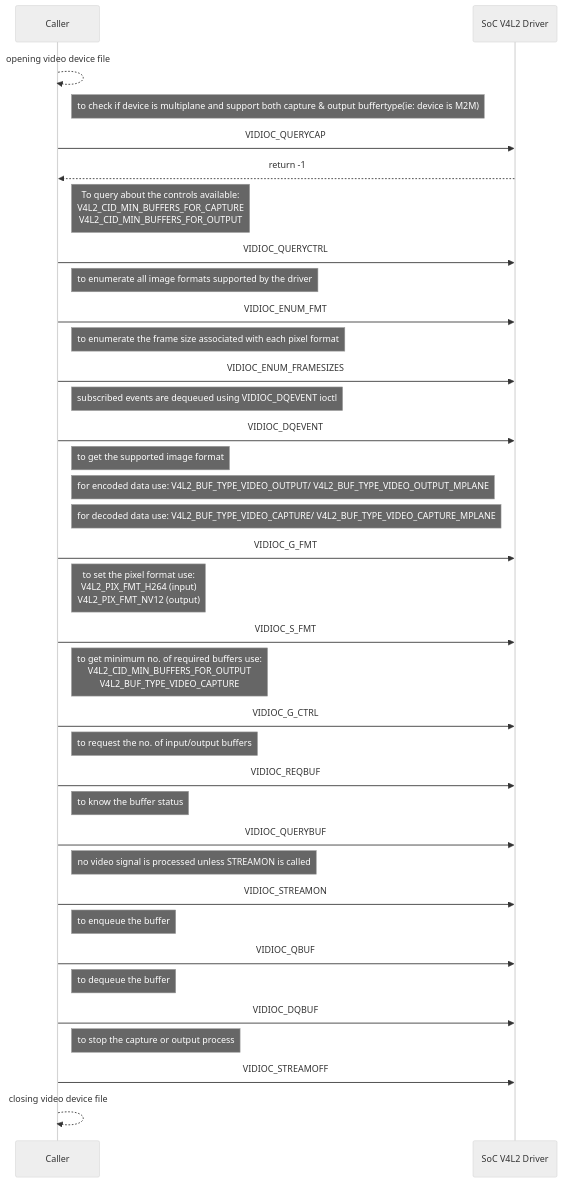
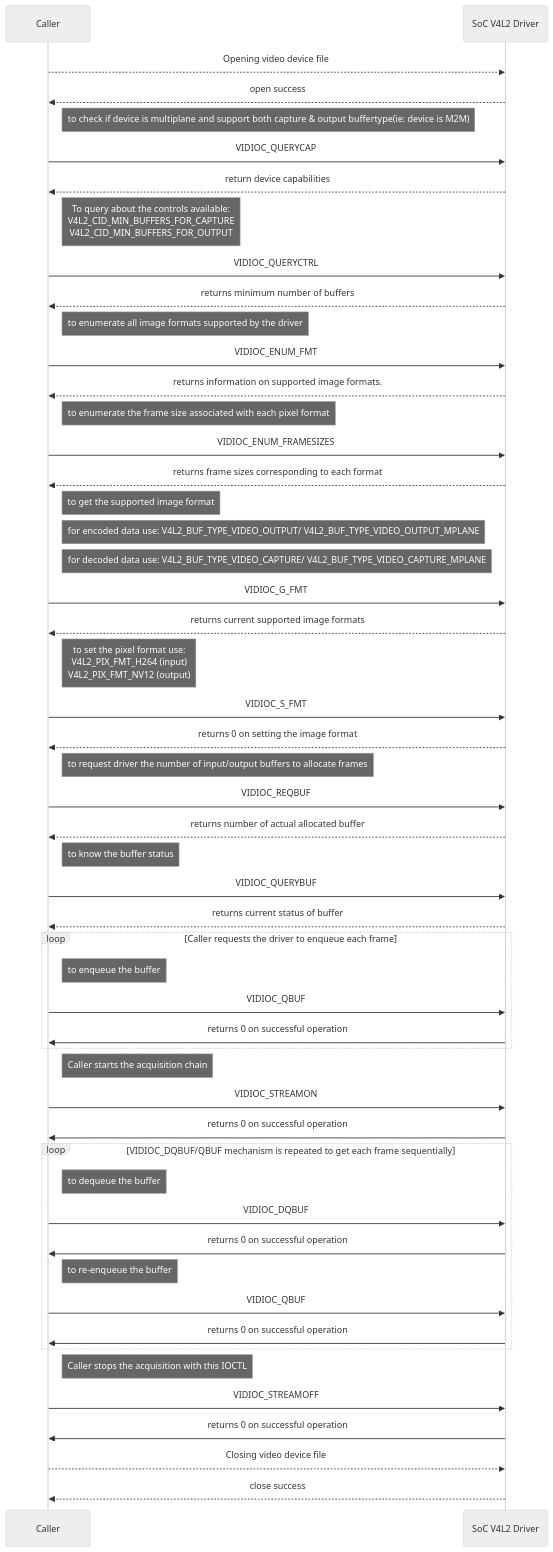
Before and after one commit to rdkcentral/rdk-halif-v4l2: the third of 4 diagrams in docs/pages/v4l2.md, drawn with Mermaid (neutral theme). The commit also changed other lines of this file, not shown here.

````diff
--- a/docs/pages/v4l2.md
+++ b/docs/pages/v4l2.md
@@ -209,47 +203,57 @@
 ```mermaid
 
 sequenceDiagram
 participant Caller
 participant SoC V4L2 Driver
 
-Caller-->>Caller: opening video device file
+Caller-->>SoC V4L2 Driver: Opening video device file
+SoC V4L2 Driver-->>Caller: open success
 Note right of Caller: to check if device is multiplane and support both capture & output buffertype(ie: device is M2M) 
 Caller->>SoC V4L2 Driver: VIDIOC_QUERYCAP
-SoC V4L2 Driver-->>Caller: return -1
+SoC V4L2 Driver-->>Caller: return device capabilities
 Note right of Caller: To query about the controls available​: <br/> V4L2_CID_MIN_BUFFERS_FOR_CAPTURE <br/> V4L2_CID_MIN_BUFFERS_FOR_OUTPUT
 Caller->>SoC V4L2 Driver: VIDIOC_QUERYCTRL​
+SoC V4L2 Driver-->>Caller: returns minimum number of buffers
 Note right of Caller: to enumerate all image formats supported by the driver
 Caller->>SoC V4L2 Driver: VIDIOC_ENUM_FMT
+SoC V4L2 Driver-->>Caller: returns information on supported image formats.
 Note right of Caller: to enumerate the frame size associated with each pixel format
 Caller->>SoC V4L2 Driver: VIDIOC_ENUM_FRAMESIZES
-#Caller-->>Caller: source change or EOS event
-#Note right of Caller: to subscribe a V4L2 event
-#Caller->>SoC V4L2 Driver: VIDIOC_SUBSCRIBE_EVENT
-Note right of Caller: subscribed events are dequeued using VIDIOC_DQEVENT ioctl
-Caller->>SoC V4L2 Driver: VIDIOC_DQEVENT
+SoC V4L2 Driver-->>Caller: returns frame sizes corresponding to each format
 Note right of Caller: to get the supported image format
 Note right of Caller: for encoded data use: V4L2_BUF_TYPE_VIDEO_OUTPUT/ V4L2_BUF_TYPE_VIDEO_OUTPUT_MPLANE  
 Note right of Caller: for decoded data use: V4L2_BUF_TYPE_VIDEO_CAPTURE/ V4L2_BUF_TYPE_VIDEO_CAPTURE_MPLANE
 Caller->>SoC V4L2 Driver: VIDIOC_G_FMT
+SoC V4L2 Driver-->>Caller: returns current supported image formats
 note right of Caller: to set the pixel format use: <br/>V4L2_PIX_FMT_H264 (input) <br/> V4L2_PIX_FMT_NV12 (output)
 Caller->>SoC V4L2 Driver: VIDIOC_S_FMT
-note right of Caller: to get minimum no. of required buffers use: <br/> V4L2_CID_MIN_BUFFERS_FOR_OUTPUT <br/> V4L2_BUF_TYPE_VIDEO_CAPTURE
-Caller->>SoC V4L2 Driver: VIDIOC_G_CTRL
-note right of Caller: to request the no. of input/output buffers
+SoC V4L2 Driver-->>Caller:returns 0 on setting the image format
+note right of Caller: to request driver the number of input/output buffers to allocate frames
 Caller->>SoC V4L2 Driver: VIDIOC_REQBUF
+SoC V4L2 Driver-->>Caller: returns number of actual allocated buffer
 note right of Caller: to know the buffer status
 Caller->>SoC V4L2 Driver: VIDIOC_QUERYBUF
-note right of Caller: no video signal is processed unless STREAMON is called
-Caller->>SoC V4L2 Driver: VIDIOC_STREAMON
+SoC V4L2 Driver-->>Caller: returns current status of buffer 
+loop Caller requests the driver to enqueue each frame
 note right of Caller: to enqueue the buffer
 Caller->>SoC V4L2 Driver: VIDIOC_QBUF
+SoC V4L2 Driver->>Caller:returns 0 on successful operation
+end
+note right of Caller:Caller starts the acquisition chain
+Caller->>SoC V4L2 Driver: VIDIOC_STREAMON
+SoC V4L2 Driver->>Caller:returns 0 on successful operation
+loop VIDIOC_DQBUF/QBUF mechanism is repeated to get each frame sequentially
 note right of Caller: to dequeue the buffer
 Caller->>SoC V4L2 Driver: VIDIOC_DQBUF
-#Caller-->>Caller: unsubscribe all event
-#Note right of Caller: to unsubscribe a V4L2 event
-#Caller->>SoC V4L2 Driver: VIDIOC_UNSUBSCRIBE_EVENT
-note right of Caller: to stop the capture or output process
+SoC V4L2 Driver->>Caller:returns 0 on successful operation
+note right of Caller: to re-enqueue the buffer
+Caller->>SoC V4L2 Driver: VIDIOC_QBUF
+SoC V4L2 Driver->>Caller:returns 0 on successful operation
+end
+note right of Caller: Caller stops the acquisition with this IOCTL
 Caller->>SoC V4L2 Driver: VIDIOC_STREAMOFF
-Caller-->>Caller: closing video device file
+SoC V4L2 Driver->>Caller: returns 0 on successful operation
+Caller-->>SoC V4L2 Driver: Closing video device file
+SoC V4L2 Driver-->>Caller: close success
 
 ```
````
